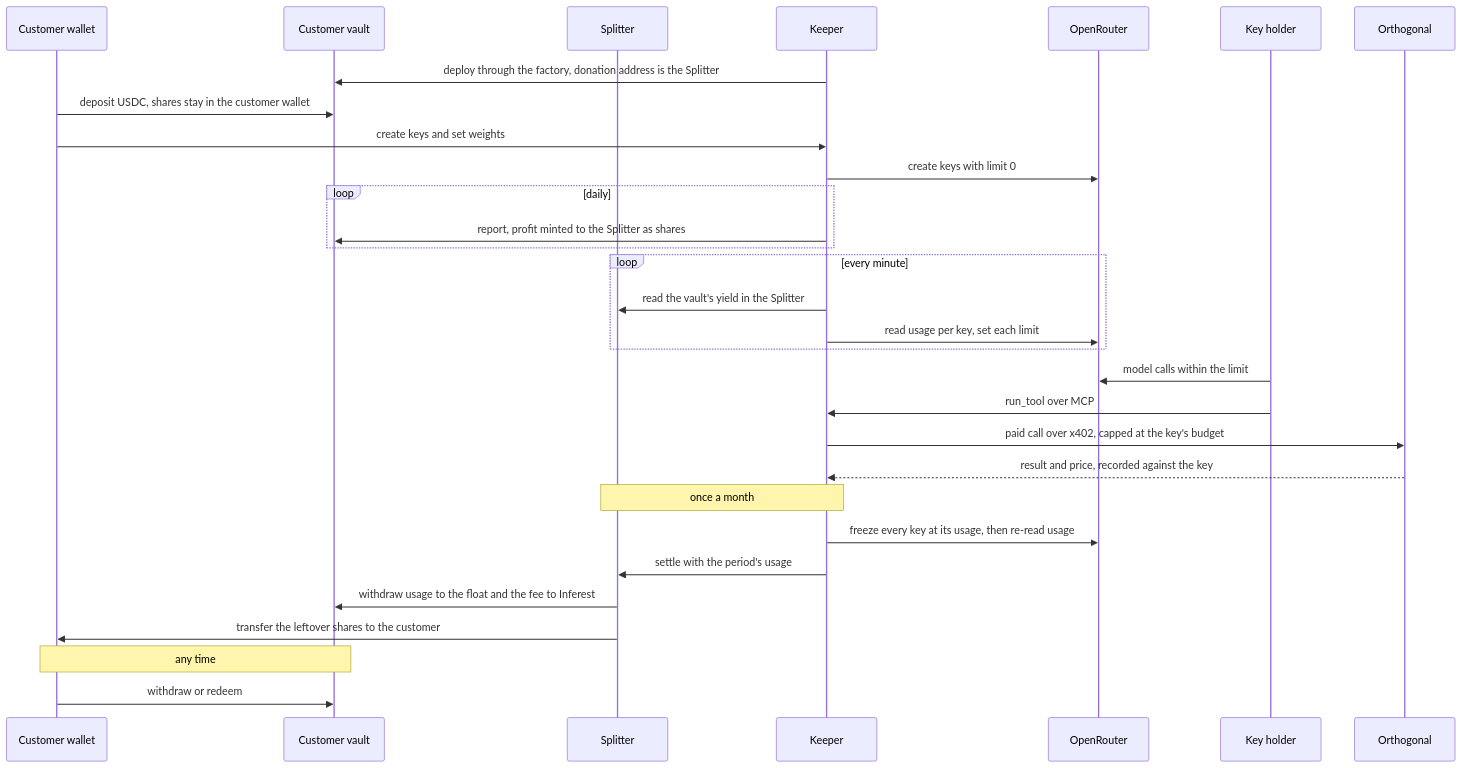
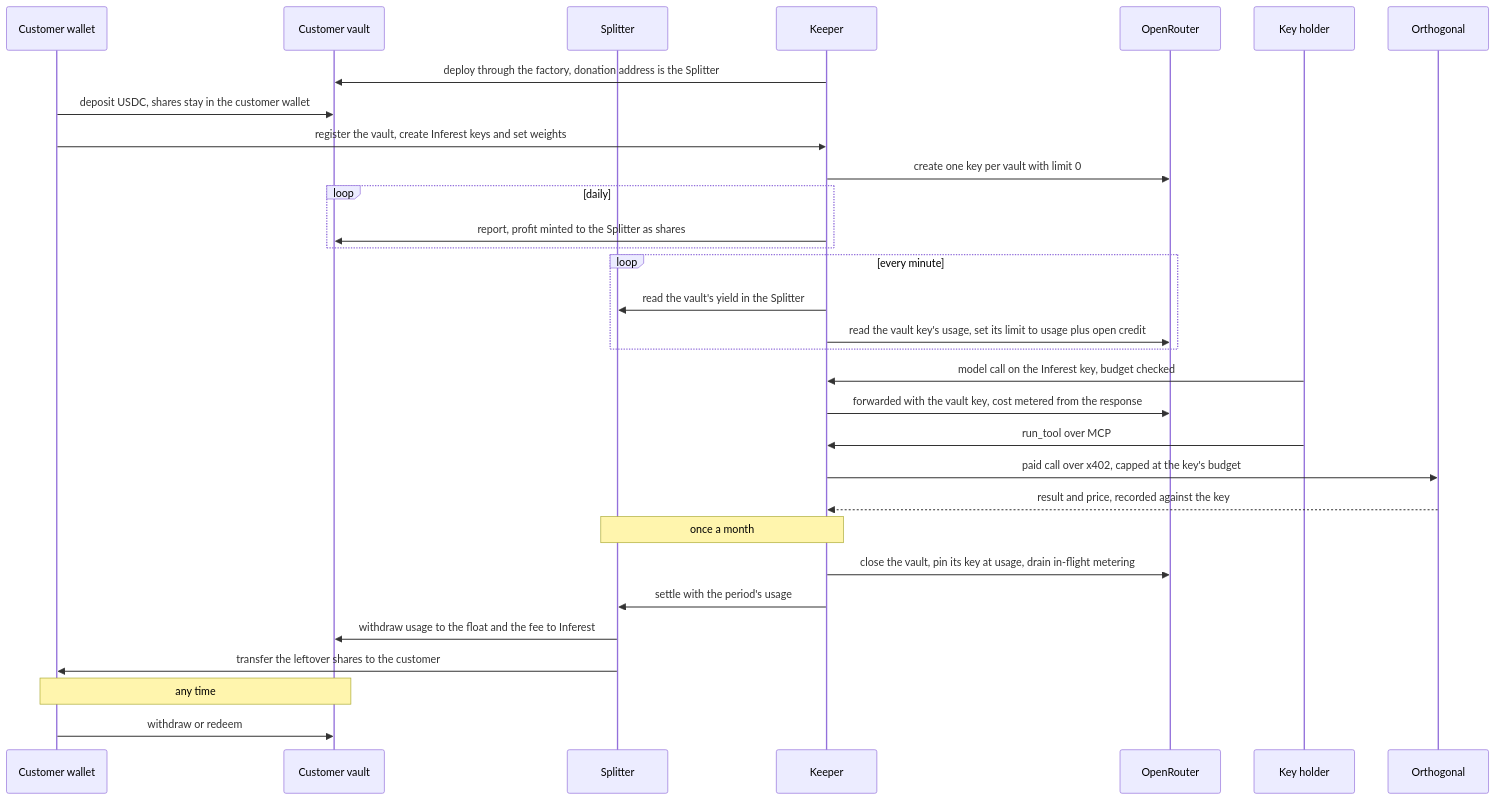
The diagram in docs/06-workflow.md (moyedx3/inferest), drawn with Mermaid before and after one commit. The commit also changed other lines of this file and 4 other files, not shown here.

First line of the commit message:
Demos and docs: developers hold Inferest keys; one OpenRouter key per vault is the backstop

````diff
--- a/docs/06-workflow.md
+++ b/docs/06-workflow.md
@@ -42,33 +42,34 @@
 ```mermaid
 sequenceDiagram
   participant C as Customer wallet
   participant V as Customer vault
   participant S as Splitter
   participant W as Keeper
   participant O as OpenRouter
   participant K as Key holder
   participant T as Orthogonal
 
   W->>V: deploy through the factory, donation address is the Splitter
   C->>V: deposit USDC, shares stay in the customer wallet
-  C->>W: create keys and set weights
-  W->>O: create keys with limit 0
+  C->>W: register the vault, create Inferest keys and set weights
+  W->>O: create one key per vault with limit 0
   loop daily
     W->>V: report, profit minted to the Splitter as shares
   end
   loop every minute
     W->>S: read the vault's yield in the Splitter
-    W->>O: read usage per key, set each limit
+    W->>O: read the vault key's usage, set its limit to usage plus open credit
   end
-  K->>O: model calls within the limit
+  K->>W: model call on the Inferest key, budget checked
+  W->>O: forwarded with the vault key, cost metered from the response
   K->>W: run_tool over MCP
   W->>T: paid call over x402, capped at the key's budget
   T-->>W: result and price, recorded against the key
   Note over W,S: once a month
-  W->>O: freeze every key at its usage, then re-read usage
+  W->>O: close the vault, pin its key at usage, drain in-flight metering
   W->>S: settle with the period's usage
   S->>V: withdraw usage to the float and the fee to Inferest
   S->>C: transfer the leftover shares to the customer
   Note over C,V: any time
   C->>V: withdraw or redeem
 ```
````
